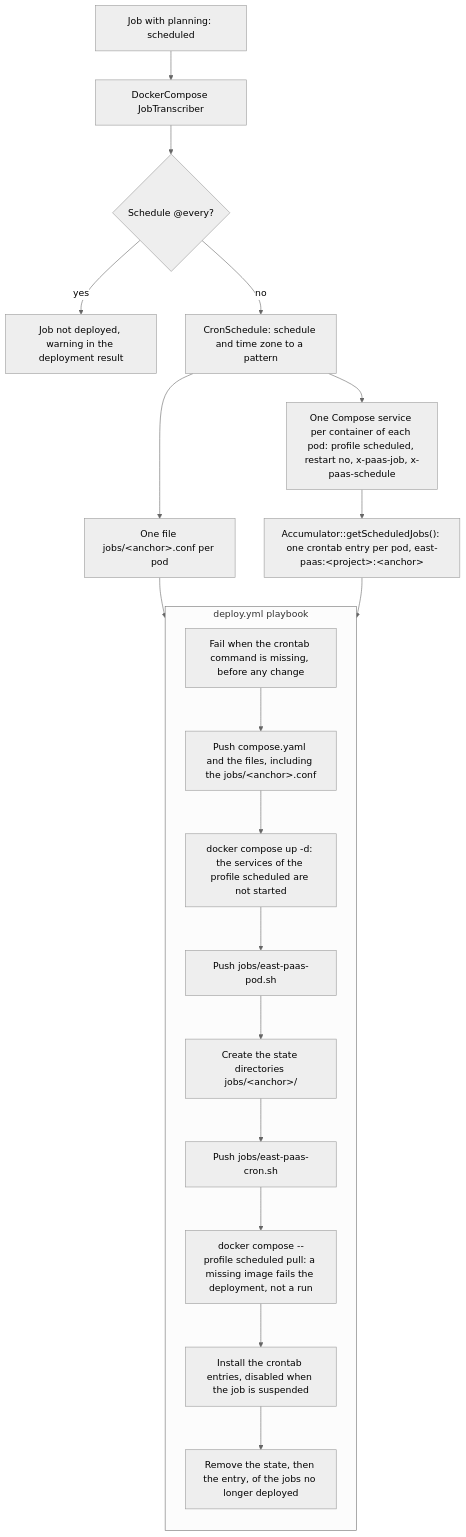
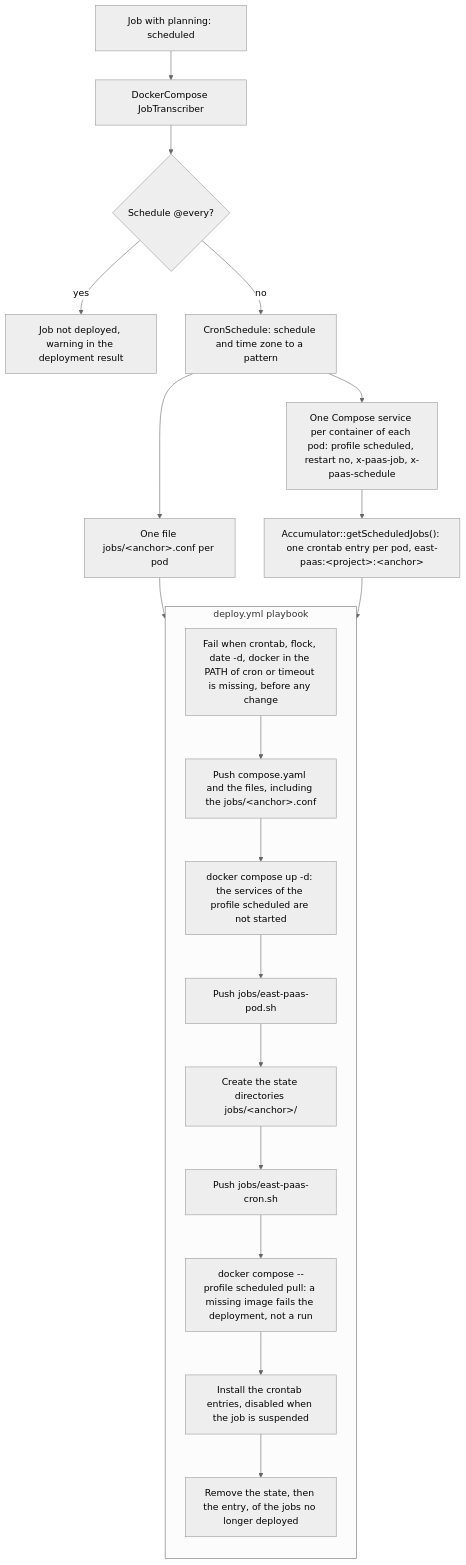
The first of 3 diagrams in documentation/docker-compose.scheduled-jobs.md (TeknooSoftware/east-paas), drawn with Mermaid (neutral theme) before and after one commit. The commit also changed other lines of this file and 16 other files, not shown here.

````diff
--- a/documentation/docker-compose.scheduled-jobs.md
+++ b/documentation/docker-compose.scheduled-jobs.md
@@ -46,25 +46,25 @@
 ```mermaid
 flowchart TD
     A["Job with planning: scheduled"] --> B["DockerCompose JobTranscriber"]
     B --> C{"Schedule @every?"}
     C -- "yes" --> W["Job not deployed, warning in the deployment result"]
     C -- "no" --> D["CronSchedule: schedule and time zone to a pattern"]
     D --> E["One Compose service per container of each pod: profile scheduled, restart no, x-paas-job, x-paas-schedule"]
     D --> F["One file jobs/#lt;anchor#gt;.conf per pod"]
     E --> G["Accumulator::getScheduledJobs(): one crontab entry per pod, east-paas:#lt;project#gt;:#lt;anchor#gt;"]
     F --> P
     G --> P
     subgraph P ["deploy.yml playbook"]
         direction TB
-        P1["Fail when the crontab command is missing, before any change"]
+        P1["Fail when crontab, flock, date -d, docker in the PATH of cron or timeout is missing, before any change"]
         P2["Push compose.yaml and the files, including the jobs/#lt;anchor#gt;.conf"]
         P3["docker compose up -d: the services of the profile scheduled are not started"]
         P4["Push jobs/east-paas-pod.sh"]
         P5["Create the state directories jobs/#lt;anchor#gt;/"]
         P6["Push jobs/east-paas-cron.sh"]
         P7["docker compose --profile scheduled pull: a missing image fails the deployment, not a run"]
         P8["Install the crontab entries, disabled when the job is suspended"]
         P9["Remove the state, then the entry, of the jobs no longer deployed"]
         P1 --> P2 --> P3 --> P4 --> P5 --> P6 --> P7 --> P8 --> P9
     end
 ```
````
